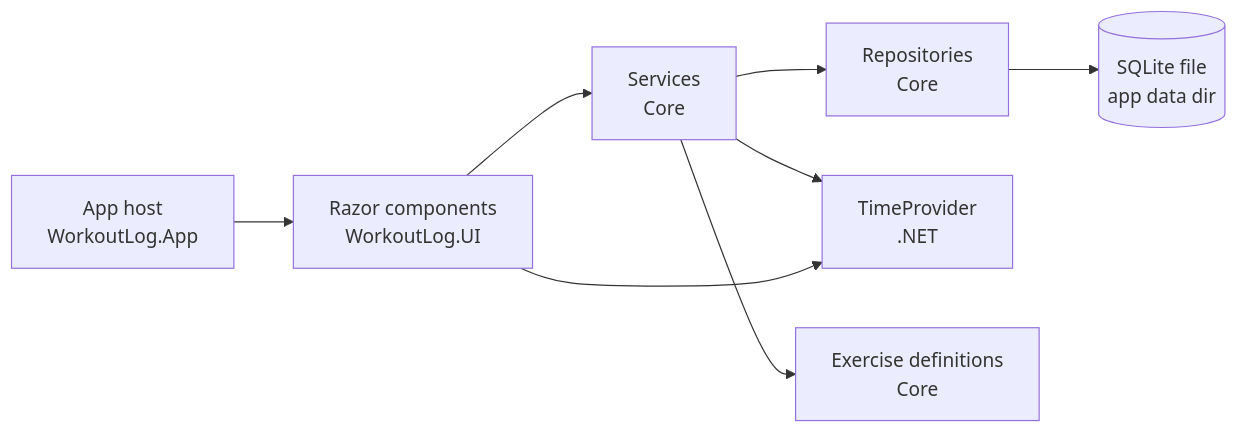
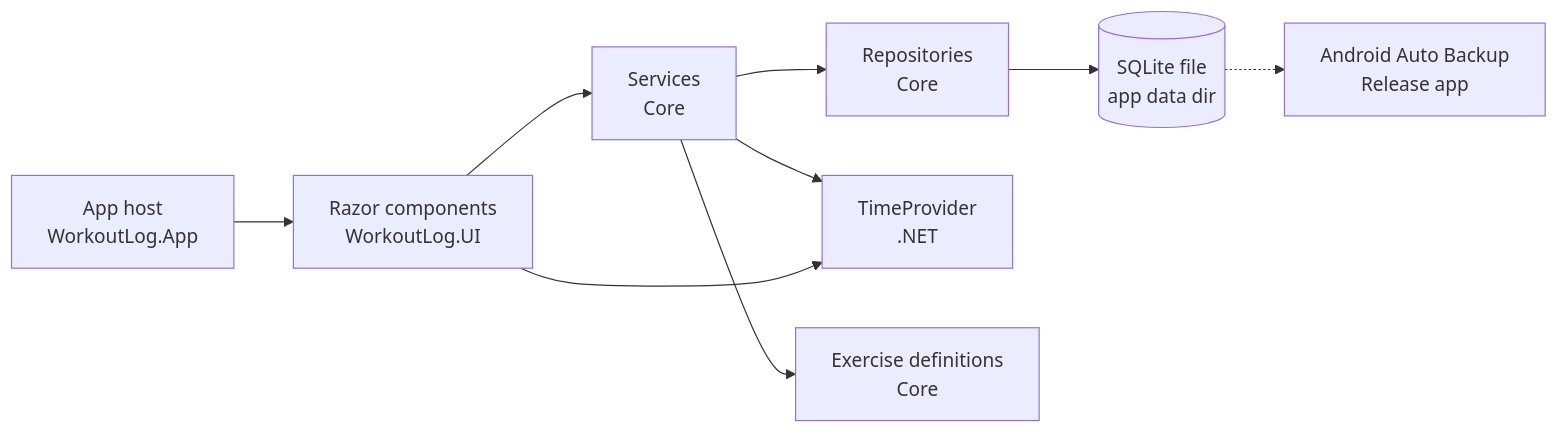
Before and after one commit to marty-shields/workout-log-app: the diagram in docs/04-architecture.md, drawn with Mermaid. The commit also changed other lines of this file and 70 other files, not shown here.

First line of the commit message:
feat: back up the Release app and rewrite the decisions log (#69)

````diff
--- a/docs/04-architecture.md
+++ b/docs/04-architecture.md
@@ -14,10 +14,11 @@
 ```mermaid
 flowchart LR
     A[App host<br/>WorkoutLog.App] --> UI[Razor components<br/>WorkoutLog.UI]
     UI --> S[Services<br/>Core]
     S --> R[Repositories<br/>Core]
     R --> DB[(SQLite file<br/>app data dir)]
+    DB -.-> BK[Android Auto Backup<br/>Release app]
     S --> C[TimeProvider<br/>.NET]
     UI --> C
     S --> X[Exercise definitions<br/>Core]
 ```
````
